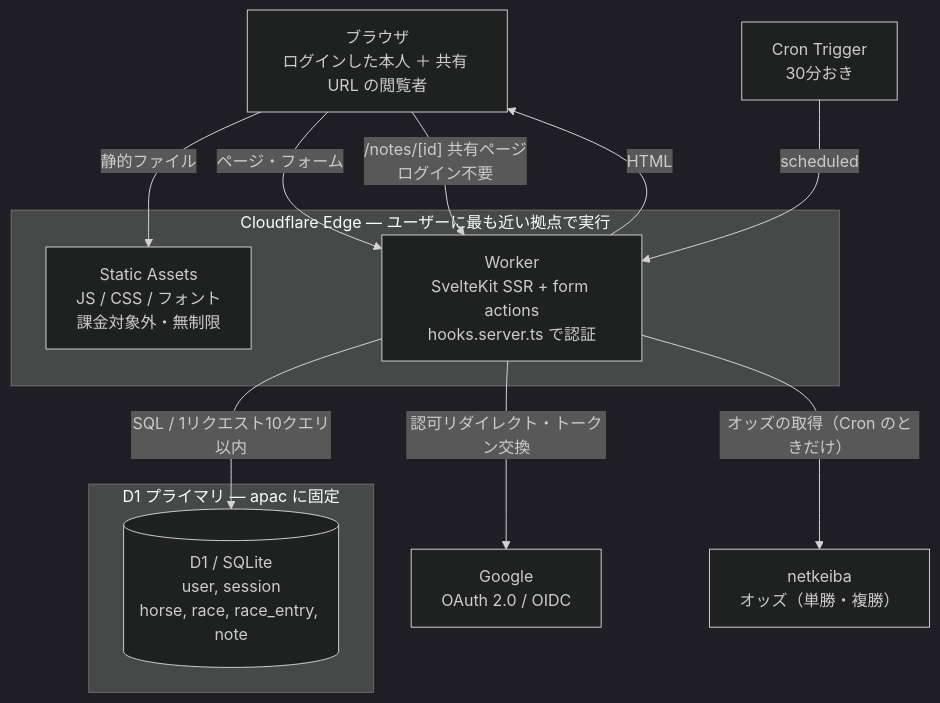
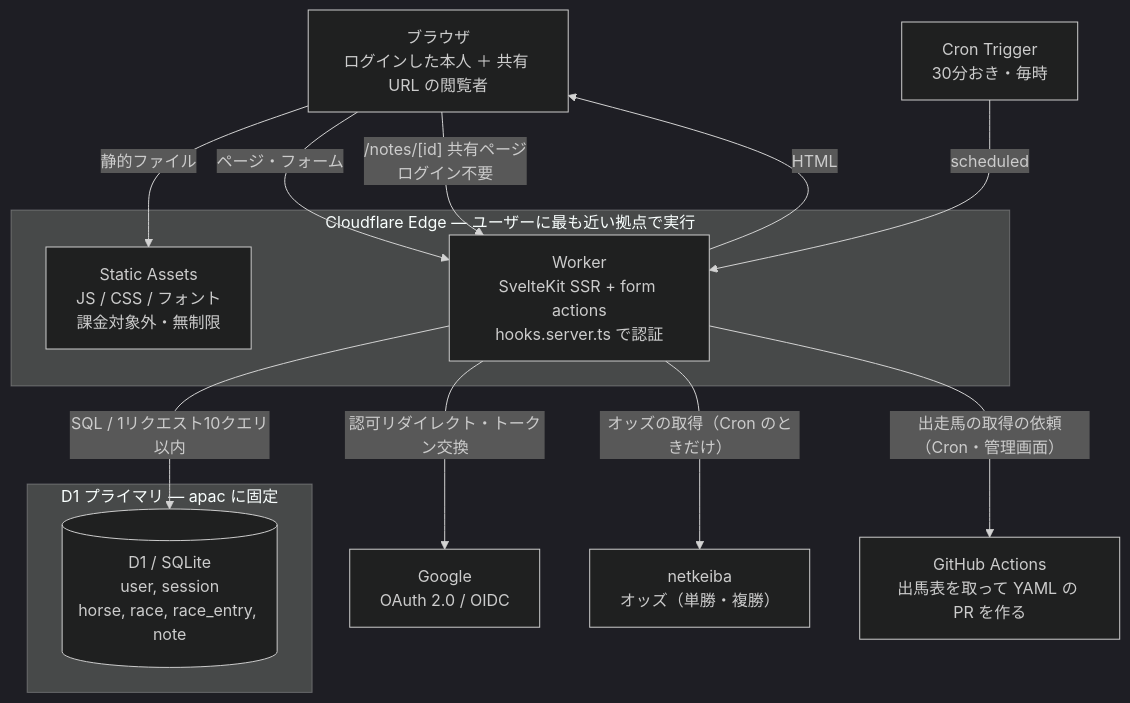
Before and after one commit to Atoyr/keiba-note: the first of 11 diagrams in docs/architecture.md, drawn with Mermaid (dark theme). The commit also changed other lines of this file and 7 other files, not shown here.

````diff
--- a/docs/architecture.md
+++ b/docs/architecture.md
@@ -67,26 +71,28 @@
 ```mermaid
 flowchart TB
     U["ブラウザ<br/>ログインした本人 ＋ 共有 URL の閲覧者"]
 
     subgraph CF["Cloudflare Edge — ユーザーに最も近い拠点で実行"]
         A["Static Assets<br/>JS / CSS / フォント<br/>課金対象外・無制限"]
         W["Worker<br/>SvelteKit SSR + form actions<br/>hooks.server.ts で認証"]
     end
 
     subgraph APAC["D1 プライマリ — apac に固定"]
         D[("D1 / SQLite<br/>user, session<br/>horse, race, race_entry, note")]
     end
 
     G["Google<br/>OAuth 2.0 / OIDC"]
     N["netkeiba<br/>オッズ（単勝・複勝）"]
-    CR["Cron Trigger<br/>30分おき"]
+    GH["GitHub Actions<br/>出馬表を取って YAML の PR を作る"]
+    CR["Cron Trigger<br/>30分おき・毎時"]
 
     U -->|"静的ファイル"| A
     U -->|"ページ・フォーム"| W
     U -->|"/notes/[id] 共有ページ<br/>ログイン不要"| W
     W -->|"SQL / 1リクエスト10クエリ以内"| D
     W -->|"認可リダイレクト・トークン交換"| G
     W -->|"HTML"| U
     CR -->|"scheduled"| W
     W -->|"オッズの取得（Cron のときだけ）"| N
+    W -->|"出走馬の取得の依頼（Cron・管理画面）"| GH
 ```
````
